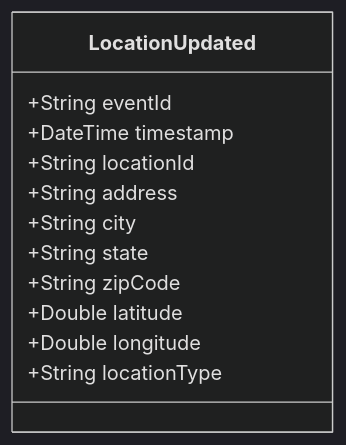
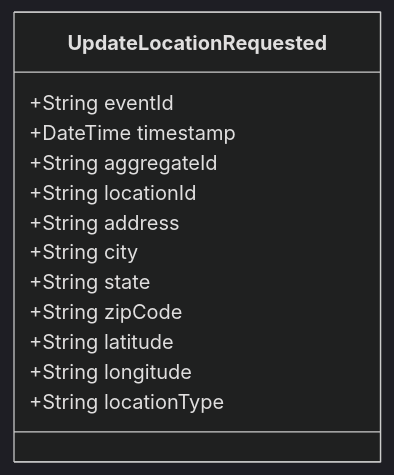
The diagram in doc/events/LocationUpdated.md (pgraff/police-system), drawn with Mermaid (dark theme) before and after one commit. The commit also changed other lines of this file and 58 other files, not shown here.

````diff
--- a/doc/events/LocationUpdated.md
+++ b/doc/events/LocationUpdated.md
@@ -9,15 +9,16 @@
 ```mermaid
 classDiagram
-    class LocationUpdated {
+    class UpdateLocationRequested {
         +String eventId
         +DateTime timestamp
+        +String aggregateId
         +String locationId
         +String address
         +String city
         +String state
         +String zipCode
-        +Double latitude
-        +Double longitude
+        +String latitude
+        +String longitude
         +String locationType
     }
 ```
````
